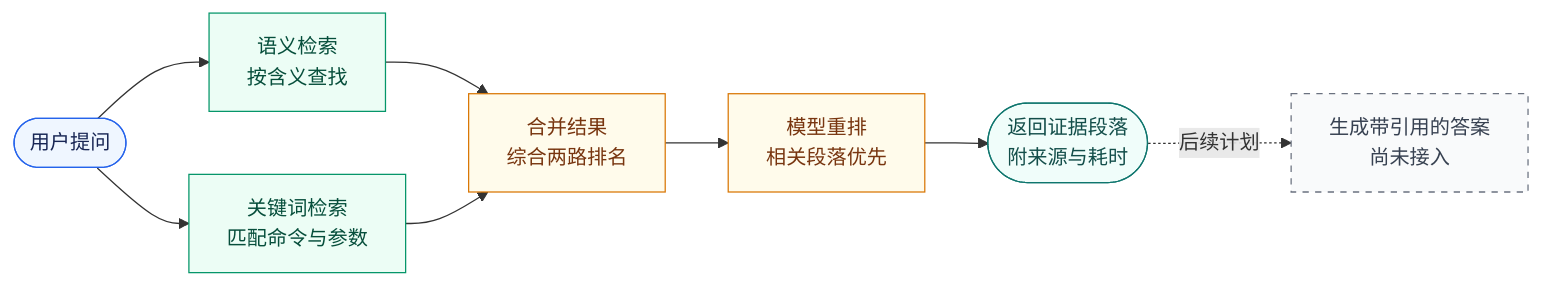
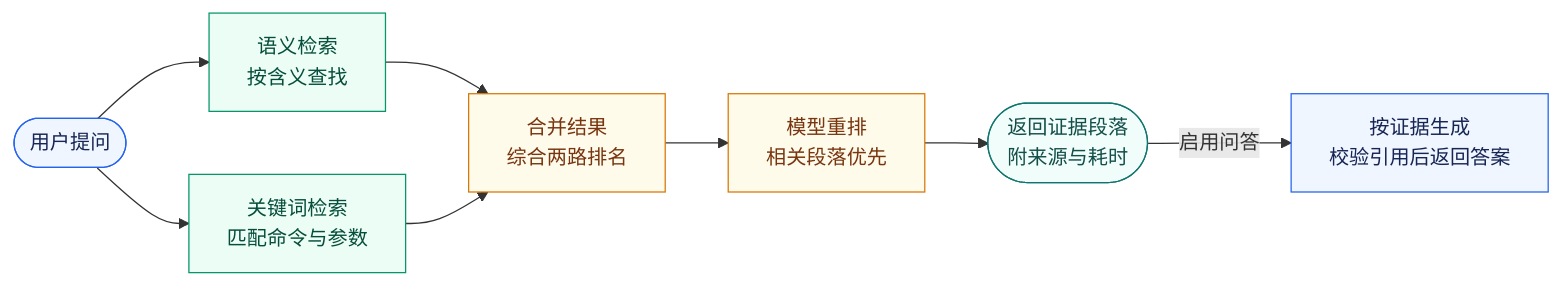
The diagram in README.md (margerit0/EvidenceRAG), drawn with Mermaid before and after one commit. The commit also changed other lines of this file and 15 other files, not shown here.

````diff
--- a/README.md
+++ b/README.md
@@ -13,21 +13,21 @@
 ```mermaid
 flowchart LR
     Q([用户提问]) --> D[语义检索<br/>按含义查找]
     Q --> K[关键词检索<br/>匹配命令与参数]
     D --> F[合并结果<br/>综合两路排名]
     K --> F
     F --> R[模型重排<br/>相关段落优先]
     R --> O([返回证据段落<br/>附来源与耗时])
-    O -. 后续计划 .-> A[生成带引用的答案<br/>尚未接入]
+    O -->|启用问答| A[按证据生成<br/>校验引用后返回答案]
 
     classDef input fill:#eff6ff,stroke:#2563eb,color:#172554
     classDef search fill:#ecfdf5,stroke:#059669,color:#064e3b
     classDef rank fill:#fffbeb,stroke:#d97706,color:#78350f
     classDef output fill:#f0fdfa,stroke:#0f766e,color:#134e4a
-    classDef planned fill:#f9fafb,stroke:#6b7280,color:#374151,stroke-dasharray:5 5
+    classDef answer fill:#eff6ff,stroke:#2563eb,color:#172554
     class Q input
     class D,K search
     class F,R rank
     class O output
-    class A planned
+    class A answer
 ```
````
